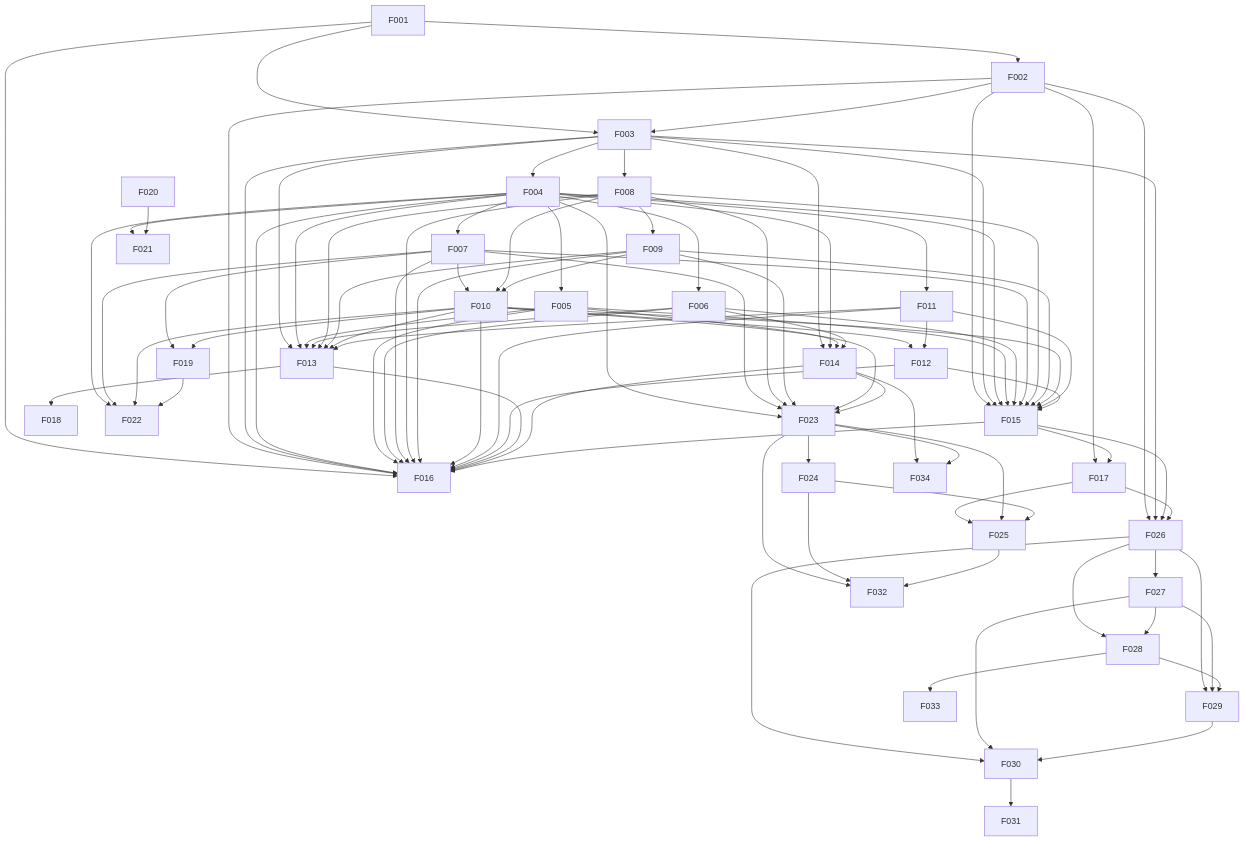
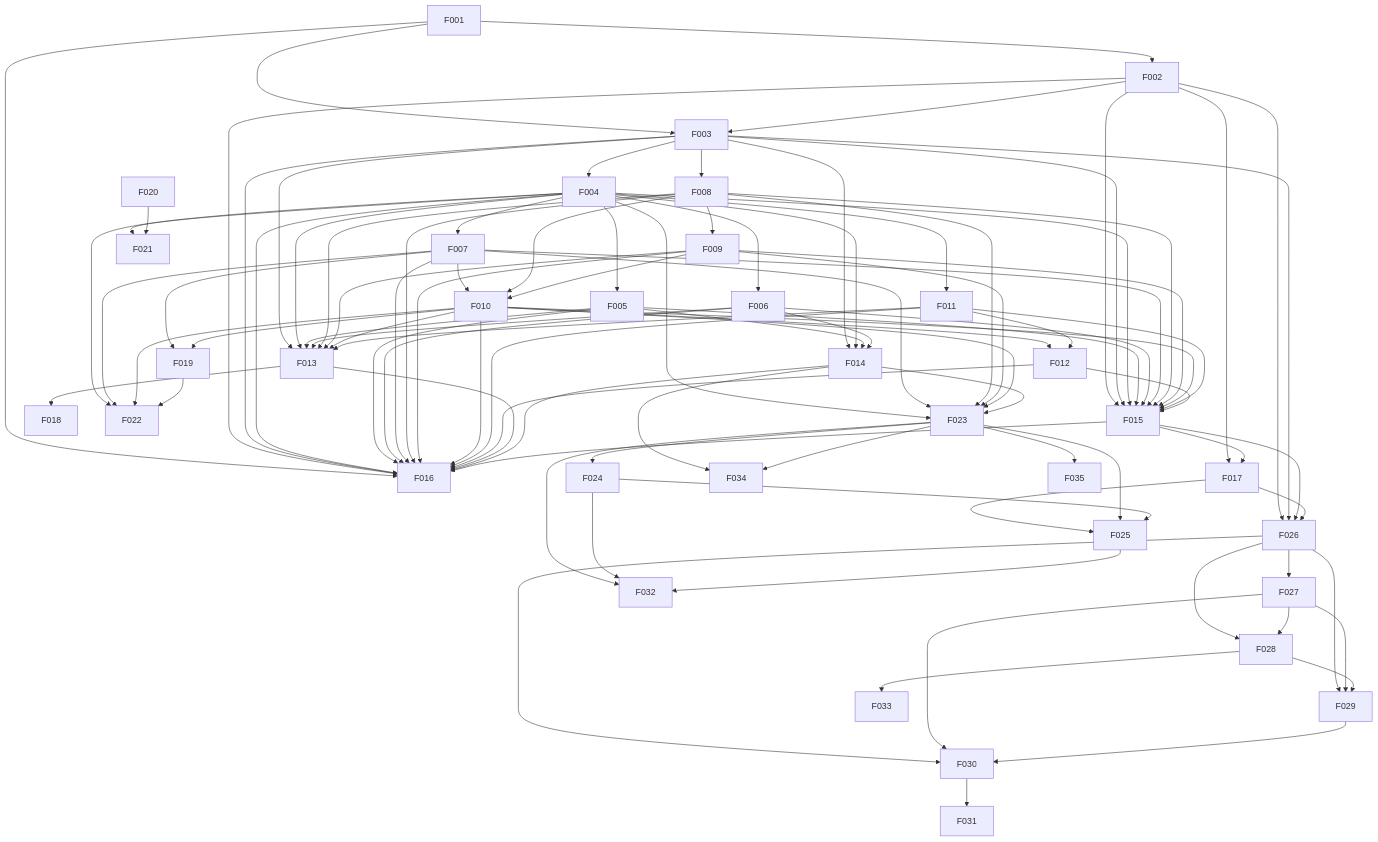
One commit to 47oo/csm changed the diagram in docs/project/dependency-map.md. Above: the diagram before and after it, drawn with Mermaid. The commit also changed other lines of this file and 5 other files, not shown here.

````diff
--- a/docs/project/dependency-map.md
+++ b/docs/project/dependency-map.md
@@ -42,6 +42,7 @@
     n31["F032"]
     n32["F033"]
     n33["F034"]
+    n34["F035"]
     n0 --> n1
     n0 --> n2
     n1 --> n2
@@ -136,4 +137,5 @@
     n27 --> n32
     n13 --> n33
     n22 --> n33
+    n22 --> n34
 ```
````
